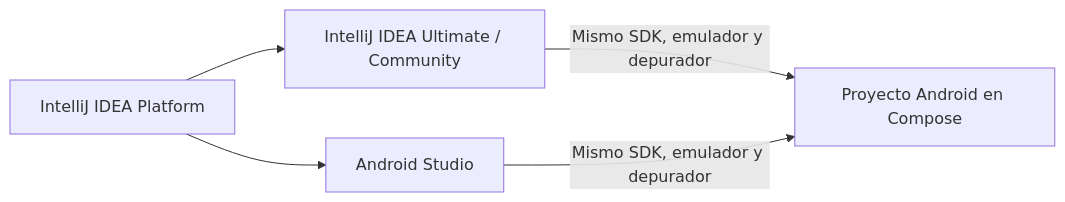
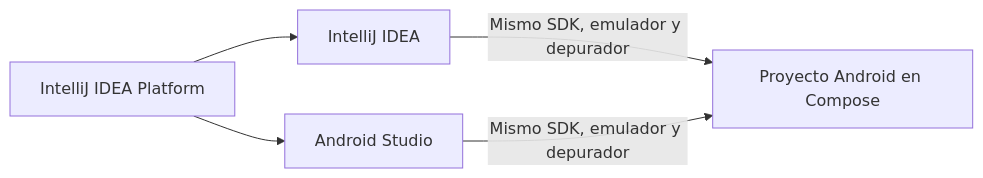
The first of 4 diagrams in docs/temas/02/2.1-primeros-pasos.md (jssdocente/pmdm2627d), drawn with Mermaid before and after one commit. The commit also changed other lines of this file and 4 other files, not shown here.

````diff
--- a/docs/temas/02/2.1-primeros-pasos.md
+++ b/docs/temas/02/2.1-primeros-pasos.md
@@ -13,7 +13,7 @@
 ```mermaid
 graph LR
-    A[IntelliJ IDEA Platform] --> B[IntelliJ IDEA Ultimate / Community]
+    A[IntelliJ IDEA Platform] --> B[IntelliJ IDEA]
     A --> C[Android Studio]
     B -->|Mismo SDK, emulador y depurador| D[Proyecto Android en Compose]
     C -->|Mismo SDK, emulador y depurador| D
 ```
````
